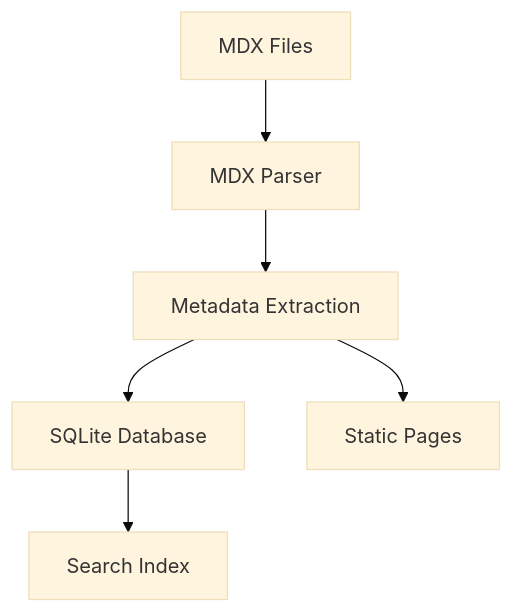
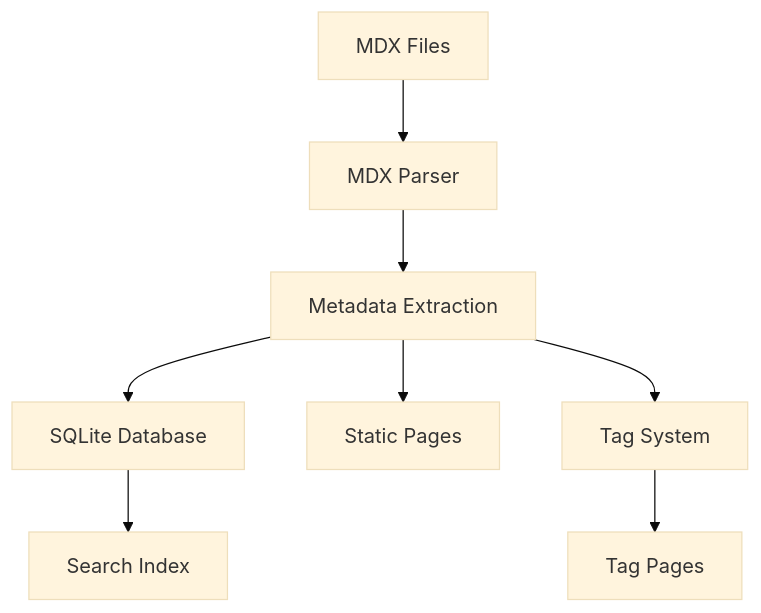
One commit to ktakahiro150397/matome-blog changed the first of 4 diagrams in .github/memory-bank/systemPatterns.md. Above: the diagram before and after it, drawn with Mermaid (base theme). The commit also changed other lines of this file and 9 other files, not shown here.

First line of the commit message:
feat(tags): add tag management features including tag pages and tag cloud component

````diff
--- a/.github/memory-bank/systemPatterns.md
+++ b/.github/memory-bank/systemPatterns.md
@@ -23,8 +24,10 @@
 ```mermaid
 flowchart TD
     MDX[MDX Files] --> Parser[MDX Parser]
     Parser --> Meta[Metadata Extraction]
     Meta --> DB[SQLite Database]
     Meta --> Pages[Static Pages]
     DB --> Search[Search Index]
+    Meta --> Tags[Tag System]
+    Tags --> TagPages[Tag Pages]
 ```
````
